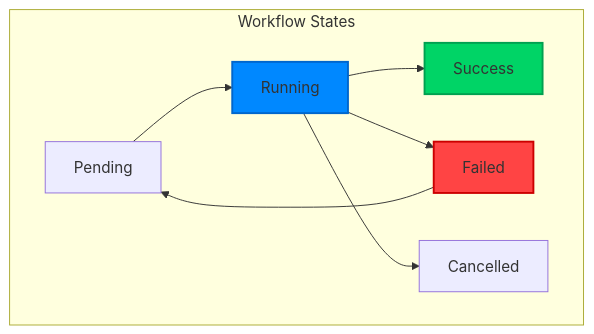
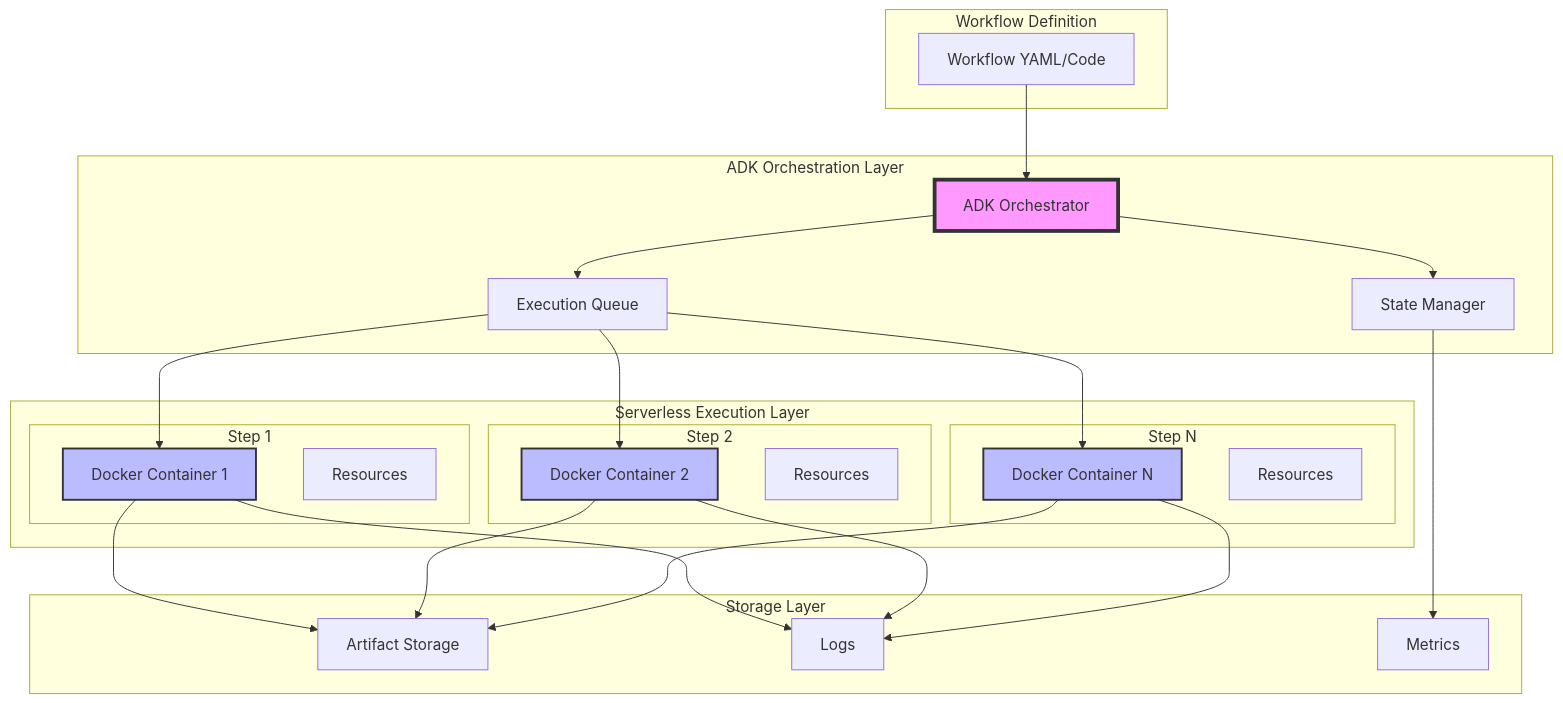
Before and after one commit to kubiyabot/workflow_sdk: the diagram in docs/kubiya/workflows/architecture.mdx, drawn with Mermaid. The commit also changed other lines of this file and 13 other files, not shown here.

````diff
--- a/docs/kubiya/workflows/architecture.mdx
+++ b/docs/kubiya/workflows/architecture.mdx
@@ -220,20 +60,57 @@
 ```mermaid
 graph TB
-    subgraph "Workflow States"
-        PENDING[Pending]
-        RUNNING[Running]
-        SUCCESS[Success]
-        FAILED[Failed]
-        CANCELLED[Cancelled]
+    subgraph "Workflow Definition"
+        W[Workflow YAML/Code]
     end
     
-    PENDING --> RUNNING
-    RUNNING --> SUCCESS
-    RUNNING --> FAILED
-    RUNNING --> CANCELLED
-    FAILED --> PENDING
+    subgraph "ADK Orchestration Layer"
+        O[ADK Orchestrator]
+        Q[Execution Queue]
+        S[State Manager]
+    end
     
-    style RUNNING fill:#0088ff,stroke:#0066cc,stroke-width:2px
-    style SUCCESS fill:#00d466,stroke:#00a050,stroke-width:2px
-    style FAILED fill:#ff4444,stroke:#cc0000,stroke-width:2px
+    subgraph "Serverless Execution Layer"
+        subgraph "Step 1"
+            C1[Docker Container 1]
+            R1[Resources]
+        end
+        
+        subgraph "Step 2"
+            C2[Docker Container 2]
+            R2[Resources]
+        end
+        
+        subgraph "Step N"
+            CN[Docker Container N]
+            RN[Resources]
+        end
+    end
+    
+    subgraph "Storage Layer"
+        A[Artifact Storage]
+        L[Logs]
+        M[Metrics]
+    end
+    
+    W --> O
+    O --> Q
+    Q --> C1
+    Q --> C2
+    Q --> CN
+    
+    C1 --> A
+    C2 --> A
+    CN --> A
+    
+    C1 --> L
+    C2 --> L
+    CN --> L
+    
+    O --> S
+    S --> M
+    
+    style O fill:#f9f,stroke:#333,stroke-width:4px
+    style C1 fill:#bbf,stroke:#333,stroke-width:2px
+    style C2 fill:#bbf,stroke:#333,stroke-width:2px
+    style CN fill:#bbf,stroke:#333,stroke-width:2px
 ```
````
